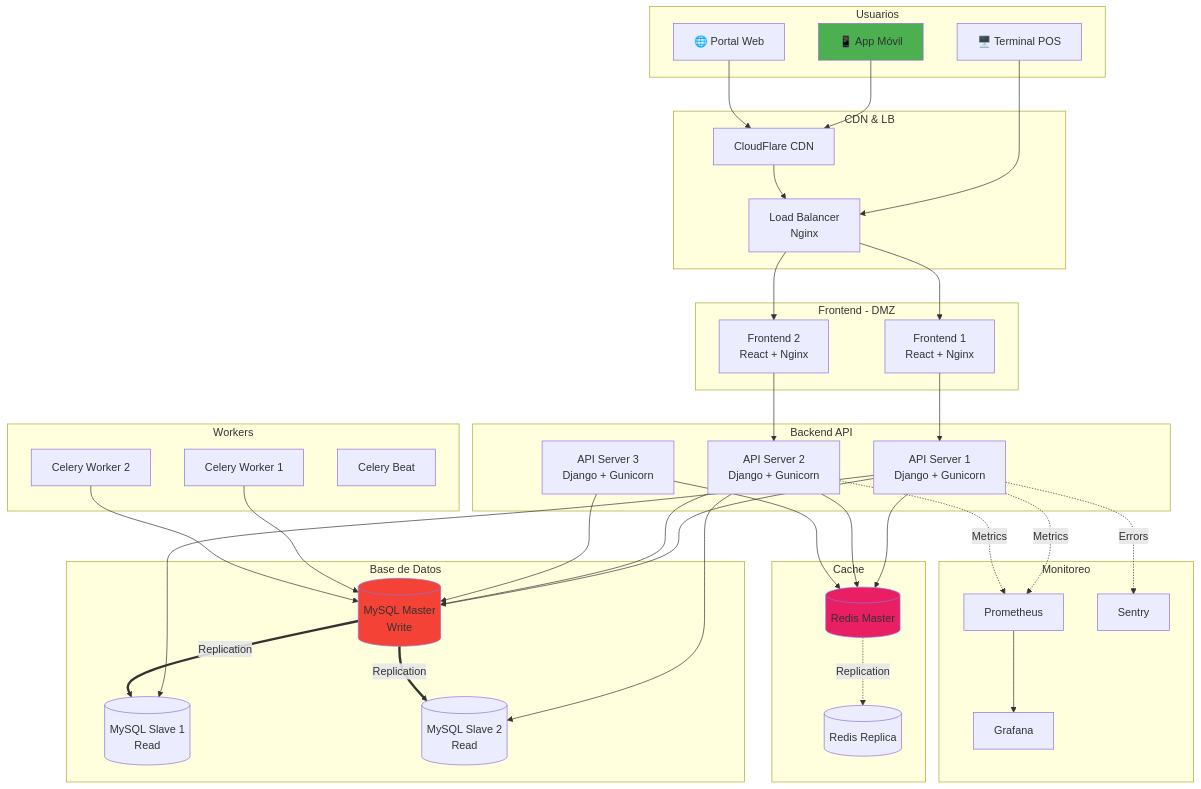
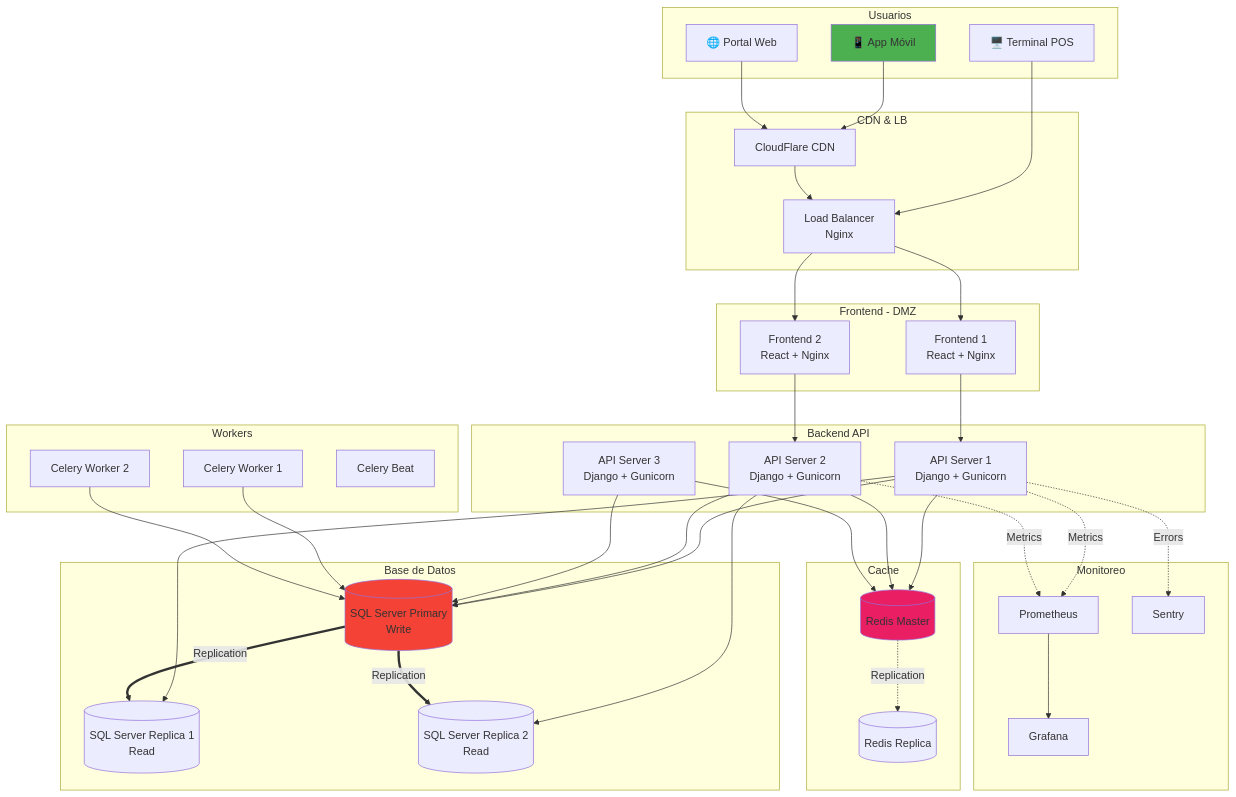
Before and after one commit to LUCASPY14/tita2026: diagram 24 of 24 in docs/DIAGRAMAS_ARQUITECTURA_CARTA.md, drawn with Mermaid. The commit also changed other lines of this file and 15 other files, not shown here.

First line of the commit message:
docs(db): alinear documentación y diagramas a SQL Server titadb

```diff
--- a/docs/DIAGRAMAS_ARQUITECTURA_CARTA.md
+++ b/docs/DIAGRAMAS_ARQUITECTURA_CARTA.md
@@ -1563,9 +1563,9 @@
     end
     
     subgraph "Base de Datos"
-        DBM[(MySQL Master<br/>Write)]
-        DBS1[(MySQL Slave 1<br/>Read)]
-        DBS2[(MySQL Slave 2<br/>Read)]
+        DBM[(SQL Server Primary<br/>Write)]
+        DBS1[(SQL Server Replica 1<br/>Read)]
+        DBS2[(SQL Server Replica 2<br/>Read)]
     end
     
     subgraph "Monitoreo"
```
